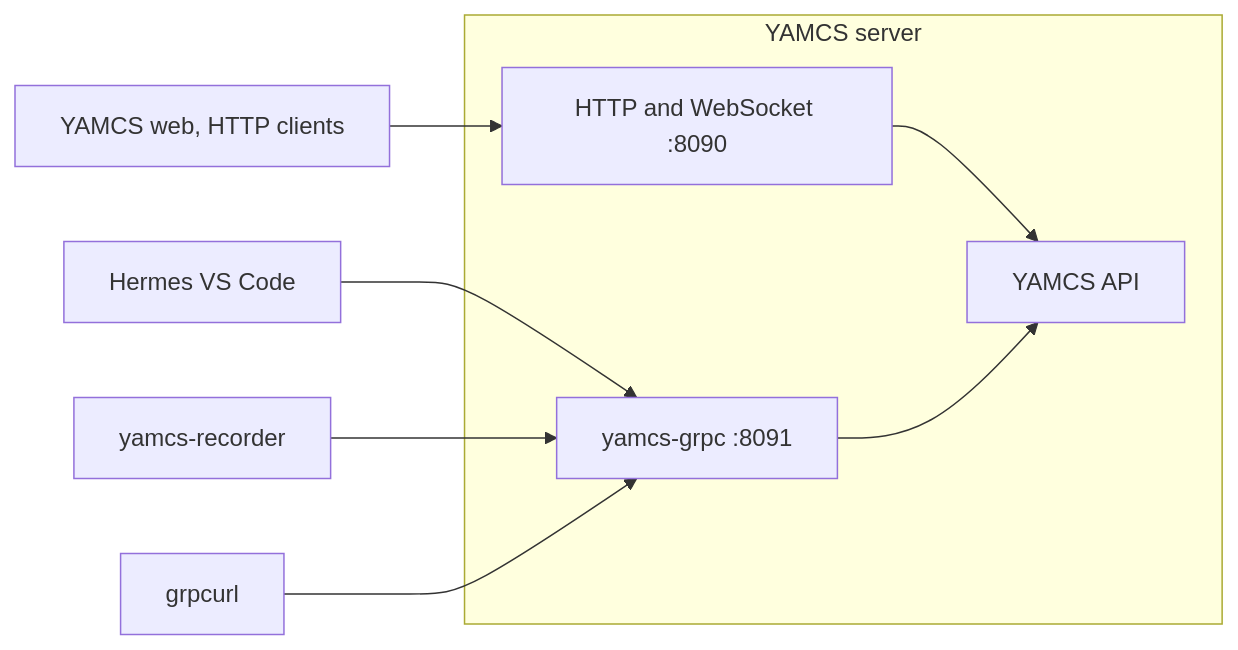
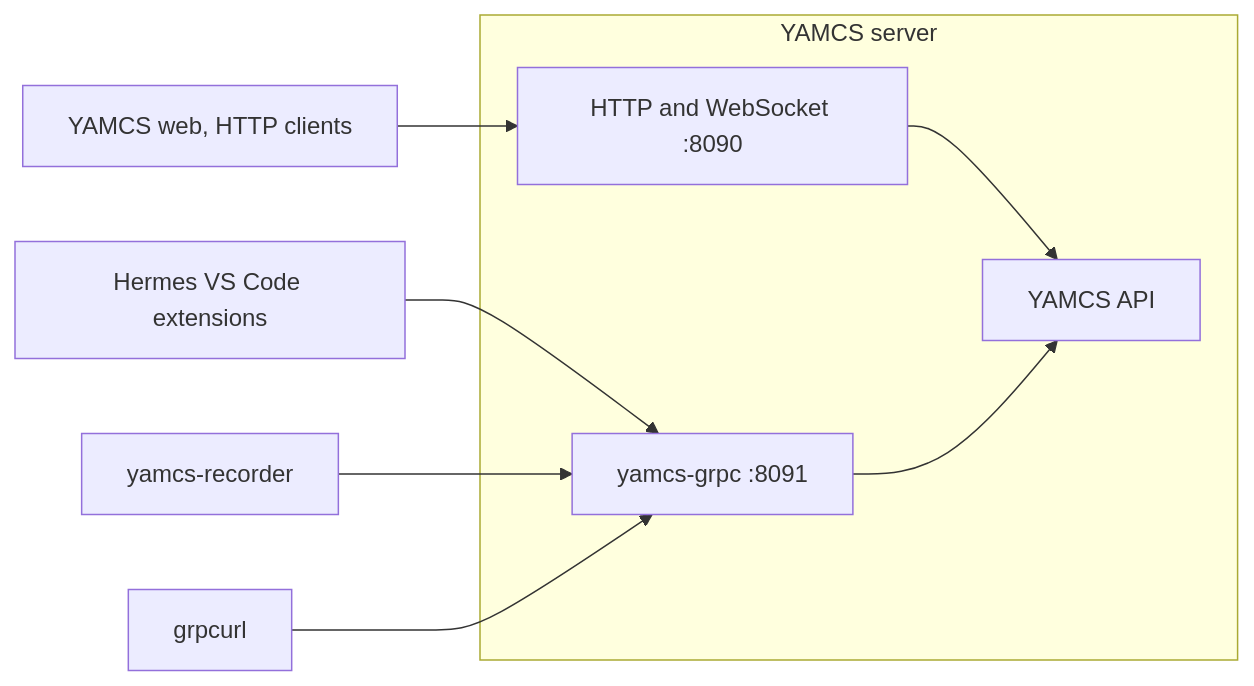
One commit to nasa/hermes changed the diagram in yamcs-grpc-plugin/README.md. Above: the diagram before and after it, drawn with Mermaid. The commit also changed other lines of this file and 8 other files, not shown here.

````diff
--- a/yamcs-grpc-plugin/README.md
+++ b/yamcs-grpc-plugin/README.md
@@ -8,11 +8,11 @@
 ```mermaid
 flowchart LR
     subgraph server ["YAMCS server"]
         http["HTTP and WebSocket :8090"] --> api["YAMCS API"]
         grpc["yamcs-grpc :8091"] --> api
     end
     web["YAMCS web, HTTP clients"] --> http
-    vsc["Hermes VS Code"] --> grpc
+    vsc["Hermes VS Code extensions"] --> grpc
     rec["yamcs-recorder"] --> grpc
     cli["grpcurl"] --> grpc
 ```
````
